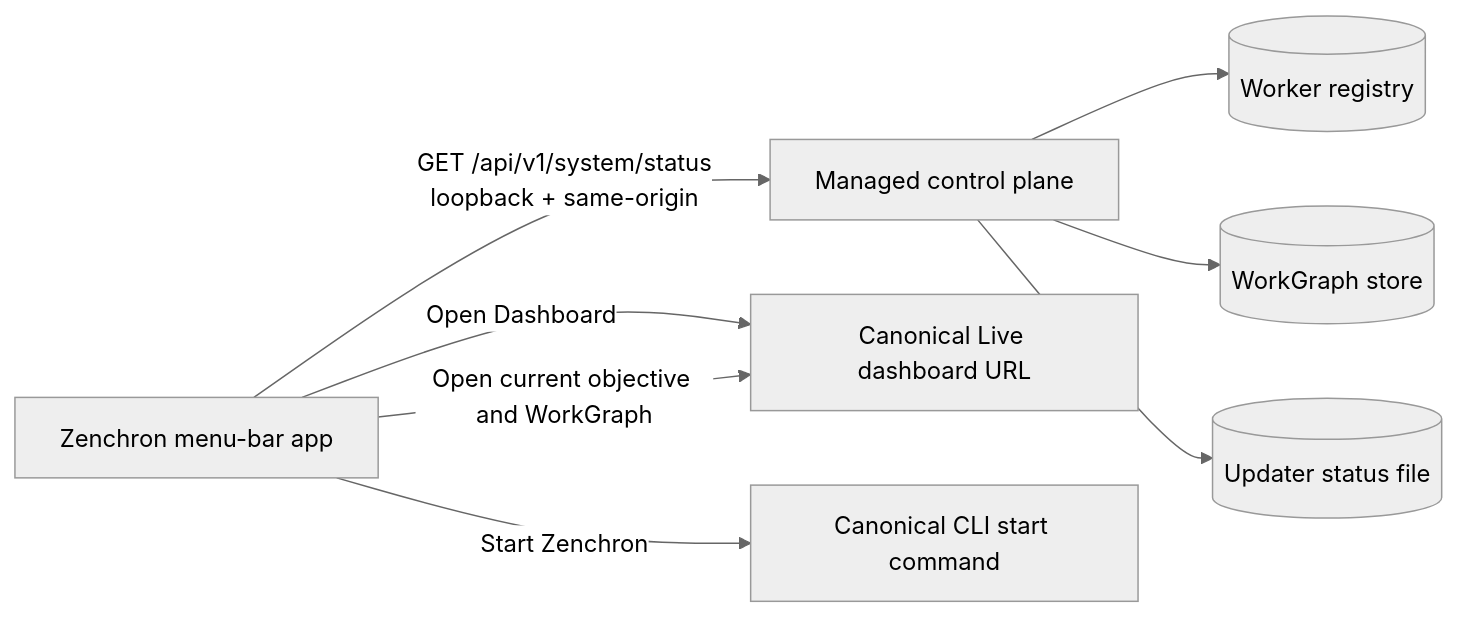
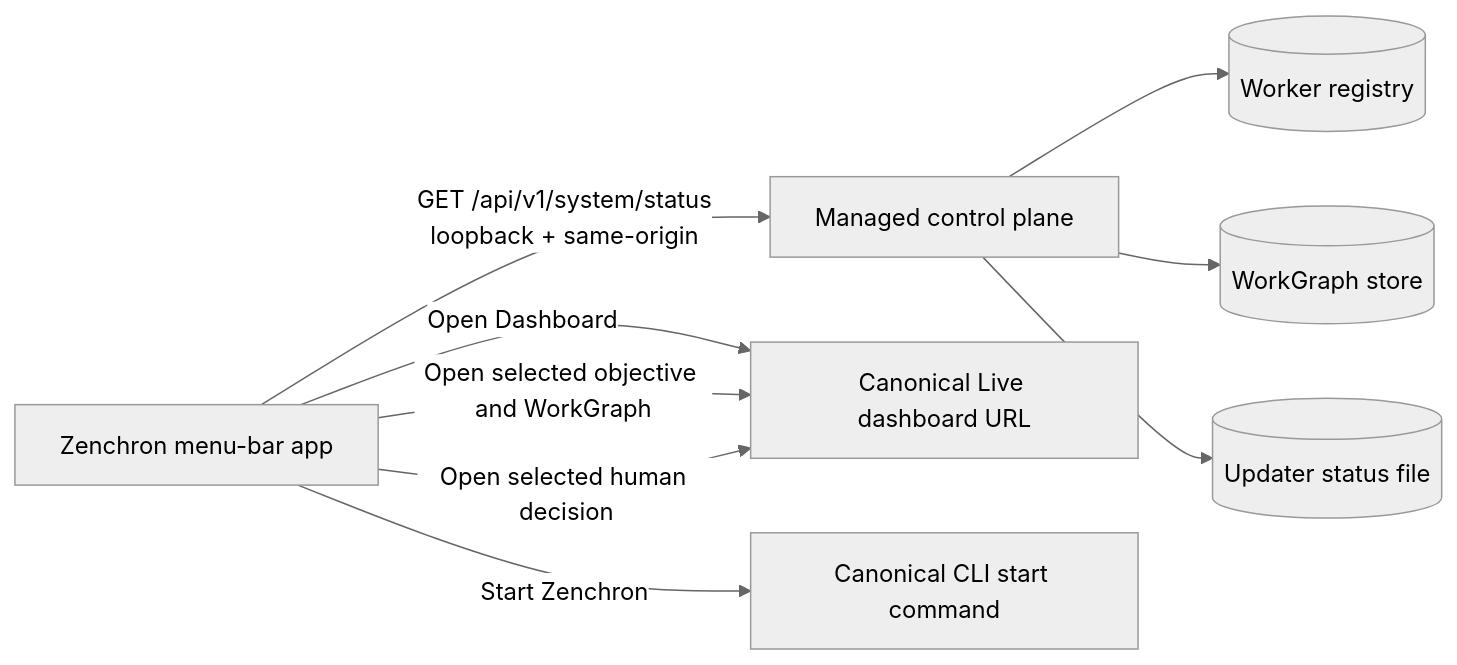
One commit to bogdaniel/zenchron-engineering-os changed the diagram in docs/features/macos-menu-bar-companion.md. Above: the diagram before and after it, drawn with Mermaid (neutral theme). The commit also changed other lines of this file and 6 other files, not shown here.

````diff
--- a/docs/features/macos-menu-bar-companion.md
+++ b/docs/features/macos-menu-bar-companion.md
@@ -8,10 +8,11 @@
 ```mermaid
 flowchart LR
   Companion[Zenchron menu-bar app] -->|GET /api/v1/system/status<br/>loopback + same-origin| API[Managed control plane]
   API --> Workers[(Worker registry)]
   API --> Graphs[(WorkGraph store)]
   API --> Update[(Updater status file)]
   Companion -->|Open Dashboard| Browser[Canonical Live dashboard URL]
-  Companion -->|Open current objective and WorkGraph| Browser
+  Companion -->|Open selected objective and WorkGraph| Browser
+  Companion -->|Open selected human decision| Browser
   Companion -->|Start Zenchron| CLI[Canonical CLI start command]
 ```
````
